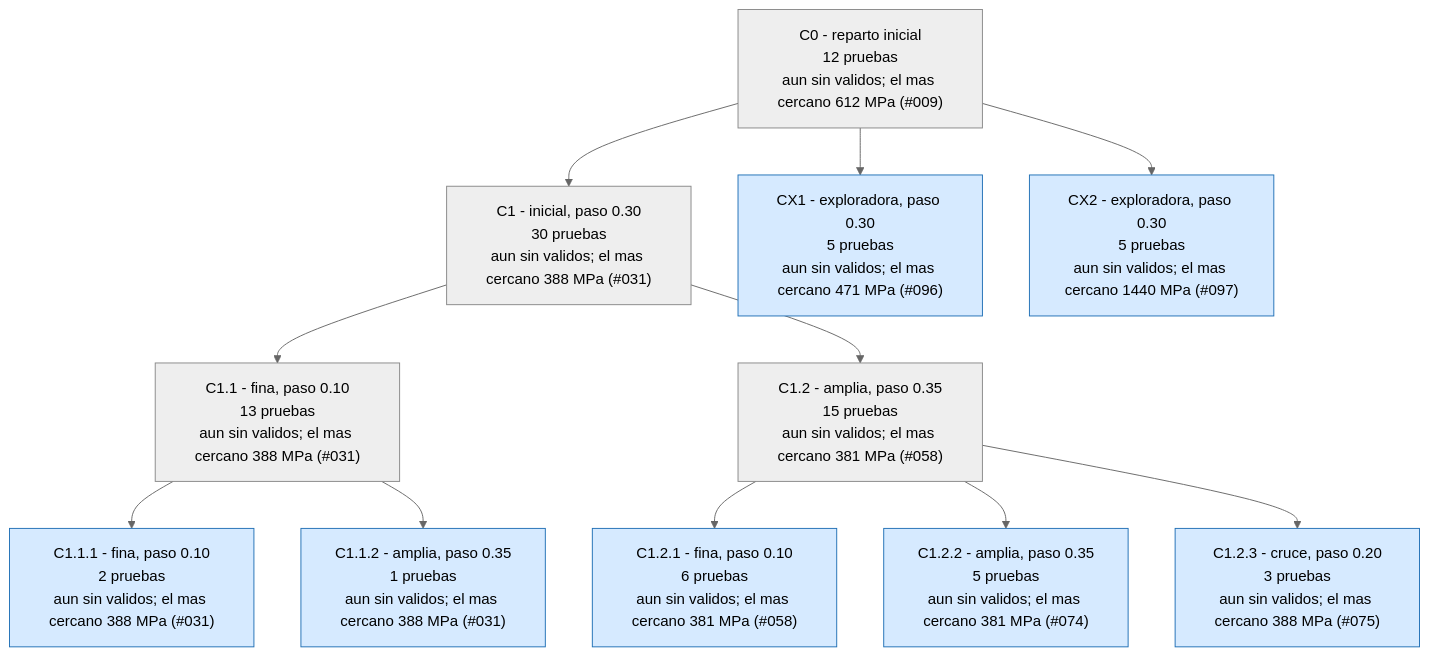
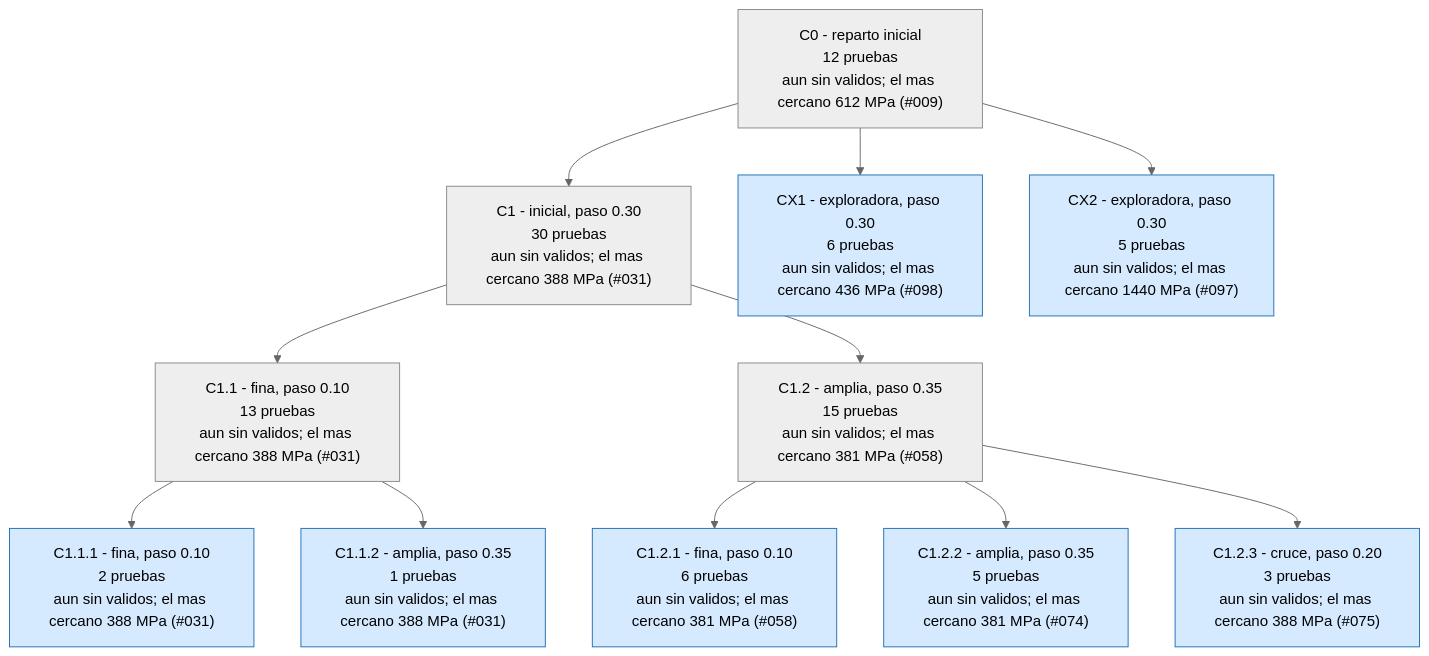
One commit to Hugiko/msd-soporte-optimizacion changed the third of 4 diagrams in runs/opt_37800N/ARBOL.md. Above: the diagram before and after it, drawn with Mermaid (neutral theme). The commit also changed 21 other files, not shown here.

````diff
--- a/runs/opt_37800N/ARBOL.md
+++ b/runs/opt_37800N/ARBOL.md
@@ -127,27 +127,27 @@
 ```mermaid
 graph TD
 classDef activa fill:#d6eaff,stroke:#1f6fb5,color:#000
 classDef fin fill:#eeeeee,stroke:#888,color:#000
 classDef mejor fill:#c8f0c0,stroke:#1a9850,stroke-width:4px,color:#000
 C0["C0 - reparto inicial<br/>12 pruebas<br/>aun sin validos; el mas cercano 612 MPa (#009)"]:::fin
 C1["C1 - inicial, paso 0.30<br/>30 pruebas<br/>aun sin validos; el mas cercano 388 MPa (#031)"]:::fin
 C0 --> C1
 C1_1["C1.1 - fina, paso 0.10<br/>13 pruebas<br/>aun sin validos; el mas cercano 388 MPa (#031)"]:::fin
 C1 --> C1_1
 C1_2["C1.2 - amplia, paso 0.35<br/>15 pruebas<br/>aun sin validos; el mas cercano 381 MPa (#058)"]:::fin
 C1 --> C1_2
 C1_1_1["C1.1.1 - fina, paso 0.10<br/>2 pruebas<br/>aun sin validos; el mas cercano 388 MPa (#031)"]:::activa
 C1_1 --> C1_1_1
 C1_1_2["C1.1.2 - amplia, paso 0.35<br/>1 pruebas<br/>aun sin validos; el mas cercano 388 MPa (#031)"]:::activa
 C1_1 --> C1_1_2
 C1_2_1["C1.2.1 - fina, paso 0.10<br/>6 pruebas<br/>aun sin validos; el mas cercano 381 MPa (#058)"]:::activa
 C1_2 --> C1_2_1
 C1_2_2["C1.2.2 - amplia, paso 0.35<br/>5 pruebas<br/>aun sin validos; el mas cercano 381 MPa (#074)"]:::activa
 C1_2 --> C1_2_2
 C1_2_3["C1.2.3 - cruce, paso 0.20<br/>3 pruebas<br/>aun sin validos; el mas cercano 388 MPa (#075)"]:::activa
 C1_2 --> C1_2_3
-CX1["CX1 - exploradora, paso 0.30<br/>5 pruebas<br/>aun sin validos; el mas cercano 471 MPa (#096)"]:::activa
+CX1["CX1 - exploradora, paso 0.30<br/>6 pruebas<br/>aun sin validos; el mas cercano 436 MPa (#098)"]:::activa
 C0 --> CX1
 CX2["CX2 - exploradora, paso 0.30<br/>5 pruebas<br/>aun sin validos; el mas cercano 1440 MPa (#097)"]:::activa
 C0 --> CX2
 ```
````
